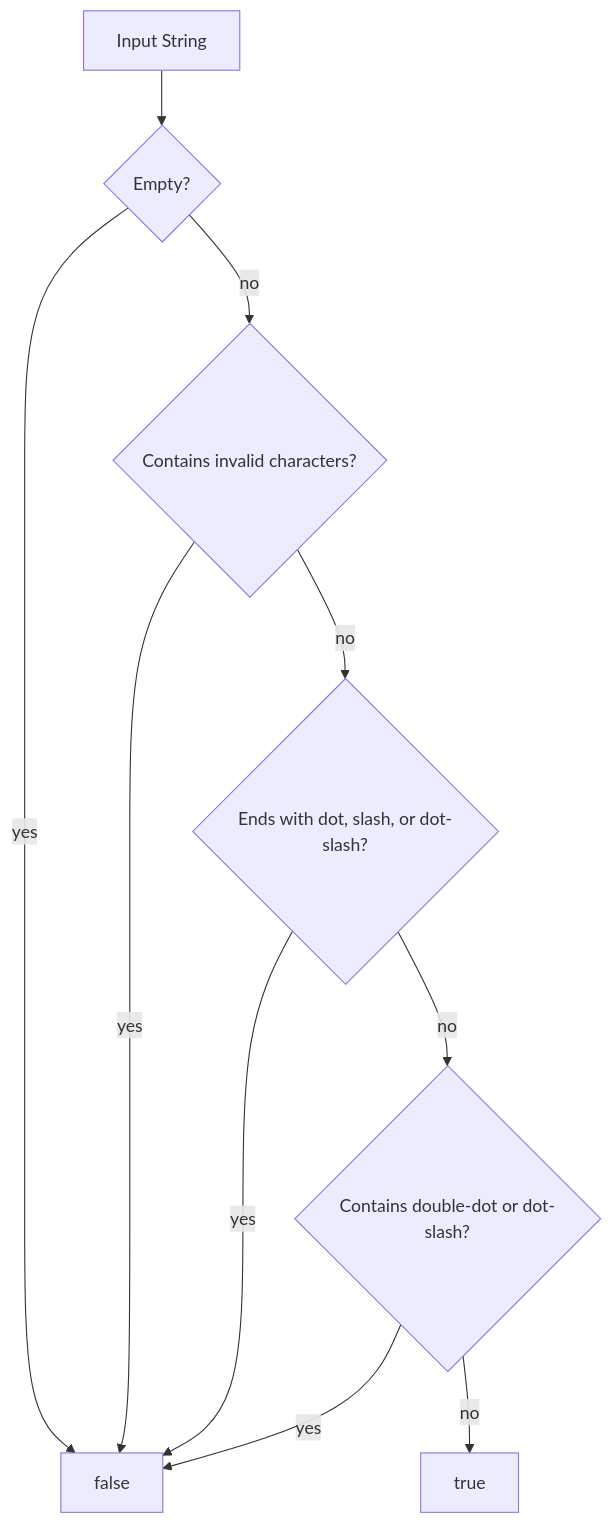
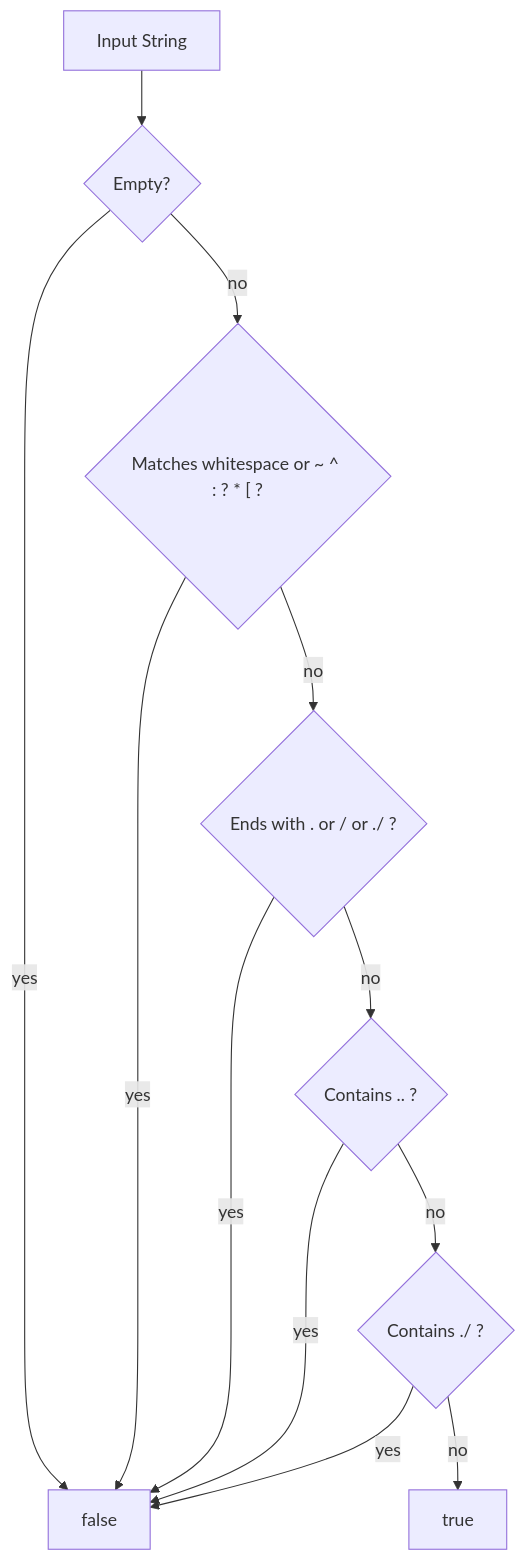
The diagram in .reversa/_reversa_sdd/flowcharts/dart-ffi-facade-is-valid-ref-name.md (DartGit-dev/git2dart_binaries), drawn with Mermaid before and after one commit. The commit also changed other lines of this file and 250 other files, not shown here.

````diff
--- a/.reversa/_reversa_sdd/flowcharts/dart-ffi-facade-is-valid-ref-name.md
+++ b/.reversa/_reversa_sdd/flowcharts/dart-ffi-facade-is-valid-ref-name.md
@@ -3,12 +3,14 @@
 ```mermaid
 flowchart TD
   Start["Input String"] --> Empty{"Empty?"}
   Empty -- yes --> False["false"]
-  Empty -- no --> Invalid{"Contains invalid characters?"}
+  Empty -- no --> Invalid{"Matches whitespace or ~ ^ : ? * [ ?"}
   Invalid -- yes --> False
-  Invalid -- no --> Suffix{"Ends with dot, slash, or dot-slash?"}
+  Invalid -- no --> Suffix{"Ends with . or / or ./ ?"}
   Suffix -- yes --> False
-  Suffix -- no --> Sequence{"Contains double-dot or dot-slash?"}
-  Sequence -- yes --> False
-  Sequence -- no --> True["true"]
+  Suffix -- no --> DoubleDot{"Contains .. ?"}
+  DoubleDot -- yes --> False
+  DoubleDot -- no --> DotSlash{"Contains ./ ?"}
+  DotSlash -- yes --> False
+  DotSlash -- no --> True["true"]
 ```
````
